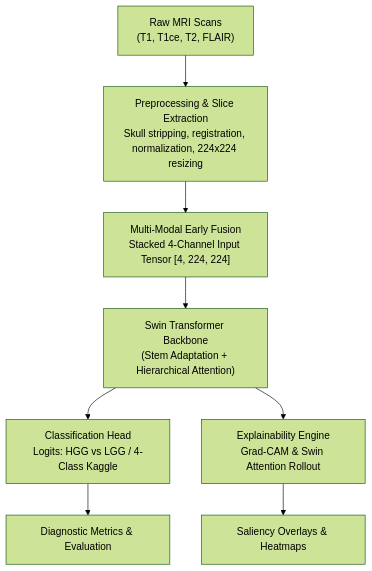
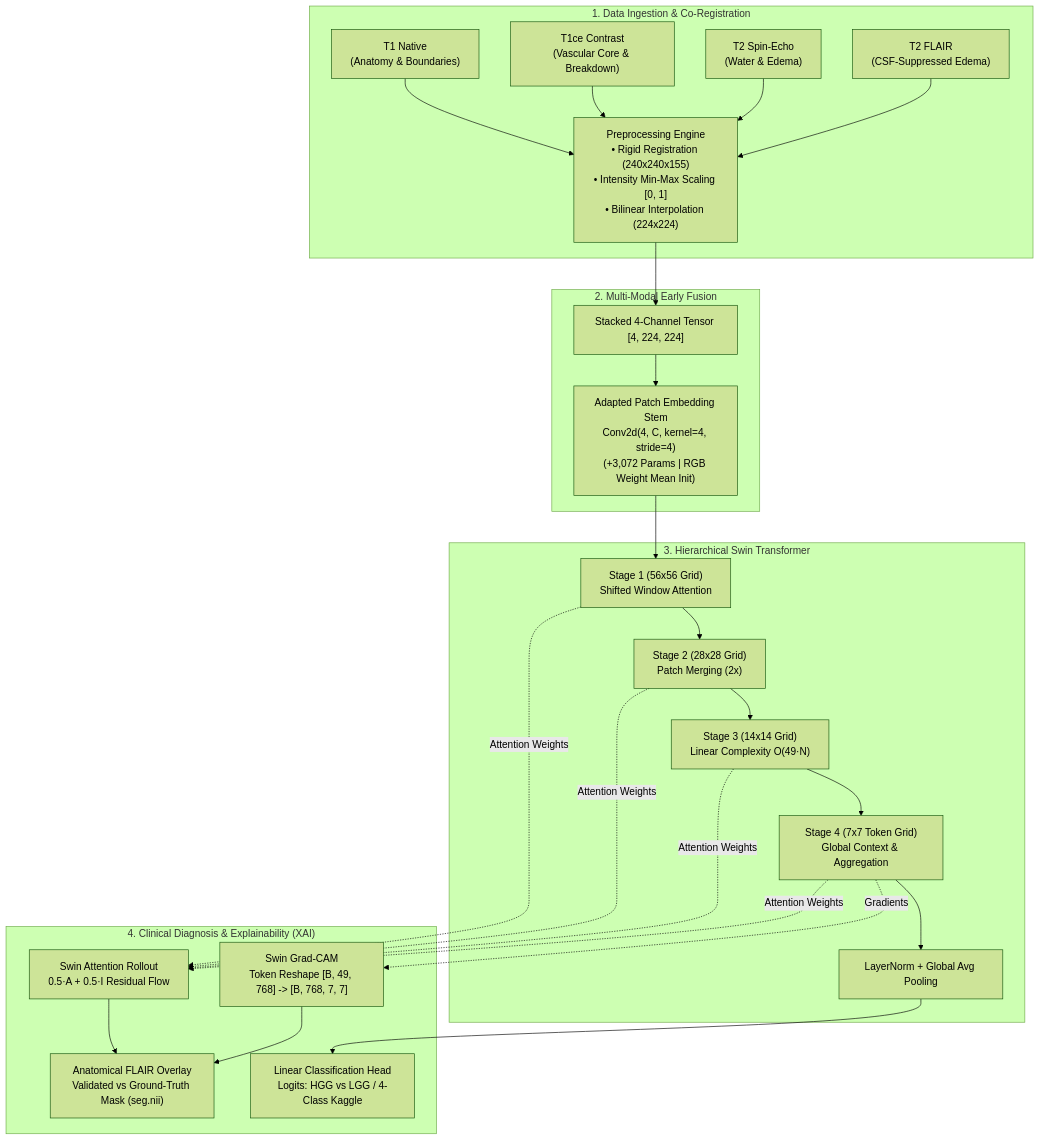
One commit to krithik9806/Explainable_Brain_Tumor_Diagnosis_Using_Vision_Transformers_and_Multi-Modal_MRI_Fusion changed the diagram in README.md. Above: the diagram before and after it, drawn with Mermaid (forest theme). The commit also changed other lines of this file, not shown here.

Commit message:
docs: modernize README layout, add executive summary, app guide, and XAI pipeline

````diff
--- a/README.md
+++ b/README.md
@@ -65,10 +41,31 @@
 ```mermaid
 flowchart TD
-    A["Raw MRI Scans<br/>(T1, T1ce, T2, FLAIR)"] --> B["Preprocessing & Slice Extraction<br/>Skull stripping, registration, normalization, 224x224 resizing"]
-    B --> C["Multi-Modal Early Fusion<br/>Stacked 4-Channel Input Tensor [4, 224, 224]"]
-    C --> D["Swin Transformer Backbone<br/>(Stem Adaptation + Hierarchical Attention)"]
-    D --> E["Classification Head<br/>Logits: HGG vs LGG / 4-Class Kaggle"]
-    D --> F["Explainability Engine<br/>Grad-CAM & Swin Attention Rollout"]
-    E --> G["Diagnostic Metrics & Evaluation"]
-    F --> H["Saliency Overlays & Heatmaps"]
+    subgraph Ingestion ["1. Data Ingestion & Co-Registration"]
+        T1["T1 Native<br/>(Anatomy & Boundaries)"]
+        T1CE["T1ce Contrast<br/>(Vascular Core & Breakdown)"]
+        T2["T2 Spin-Echo<br/>(Water & Edema)"]
+        FLAIR["T2 FLAIR<br/>(CSF-Suppressed Edema)"]
+        PRE["Preprocessing Engine<br/>• Rigid Registration (240x240x155)<br/>• Intensity Min-Max Scaling [0, 1]<br/>• Bilinear Interpolation (224x224)"]
+        T1 & T1CE & T2 & FLAIR --> PRE
+    end
+
+    subgraph EarlyFusion ["2. Multi-Modal Early Fusion"]
+        PRE --> STACK["Stacked 4-Channel Tensor [4, 224, 224]"]
+        STACK --> STEM["Adapted Patch Embedding Stem<br/>Conv2d(4, C, kernel=4, stride=4)<br/>(+3,072 Params | RGB Weight Mean Init)"]
+    end
+
+    subgraph Backbone ["3. Hierarchical Swin Transformer"]
+        STEM --> S1["Stage 1 (56x56 Grid)<br/>Shifted Window Attention"]
+        S1 --> S2["Stage 2 (28x28 Grid)<br/>Patch Merging (2x)"]
+        S2 --> S3["Stage 3 (14x14 Grid)<br/>Linear Complexity O(49·N)"]
+        S3 --> S4["Stage 4 (7x7 Token Grid)<br/>Global Context & Aggregation"]
+        S4 --> POOL["LayerNorm + Global Avg Pooling"]
+    end
+
+    subgraph DiagnosticXAI ["4. Clinical Diagnosis & Explainability (XAI)"]
+        POOL --> CLS["Linear Classification Head<br/>Logits: HGG vs LGG / 4-Class Kaggle"]
+        S4 -. Gradients .-> GCAM["Swin Grad-CAM<br/>Token Reshape [B, 49, 768] -> [B, 768, 7, 7]"]
+        S1 & S2 & S3 & S4 -. Attention Weights .-> AROLL["Swin Attention Rollout<br/>0.5·A + 0.5·I Residual Flow"]
+        GCAM & AROLL --> OVERLAY["Anatomical FLAIR Overlay<br/>Validated vs Ground-Truth Mask (seg.nii)"]
+    end
 ```
````
